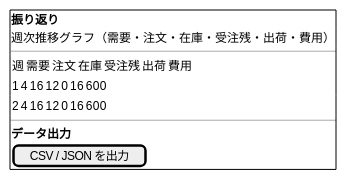
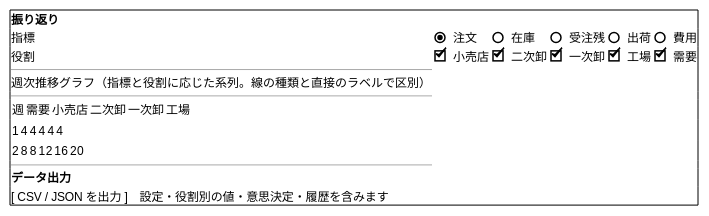
Before and after one commit to k2works/case-study-beer-game-simulation: the eighth of 9 diagrams in docs/design/beer-game2/ui-design.md, drawn with PlantUML. The commit also changed other lines of this file and 5 other files, not shown here.

````diff
--- a/docs/design/beer-game2/ui-design.md
+++ b/docs/design/beer-game2/ui-design.md
@@ -239,15 +288,18 @@
 ```plantuml
 @startsalt
 {+
   <b>振り返り
-  週次推移グラフ（需要・注文・在庫・受注残・出荷・費用）
+  指標 | (X) 注文 | ( ) 在庫 | ( ) 受注残 | ( ) 出荷 | ( ) 費用
+  役割 | [X] 小売店 | [X] 二次卸 | [X] 一次卸 | [X] 工場 | [X] 需要
   ---
-  { 週 | 需要 | 注文 | 在庫 | 受注残 | 出荷 | 費用 }
-  { 1 | 4 | 16 | 12 | 0 | 16 | 600 }
-  { 2 | 4 | 16 | 12 | 0 | 16 | 600 }
+  週次推移グラフ（指標と役割に応じた系列。線の種類と直接のラベルで区別）
+  ---
+  { 週 | 需要 | 小売店 | 二次卸 | 一次卸 | 工場 }
+  { 1 | 4 | 4 | 4 | 4 | 4 }
+  { 2 | 8 | 8 | 12 | 16 | 20 }
   ---
   <b>データ出力
-  [ CSV / JSON を出力 ]
+  [ CSV / JSON を出力 ]　設定・役割別の値・意思決定・履歴を含みます
 }
 @endsalt
 ```
````
